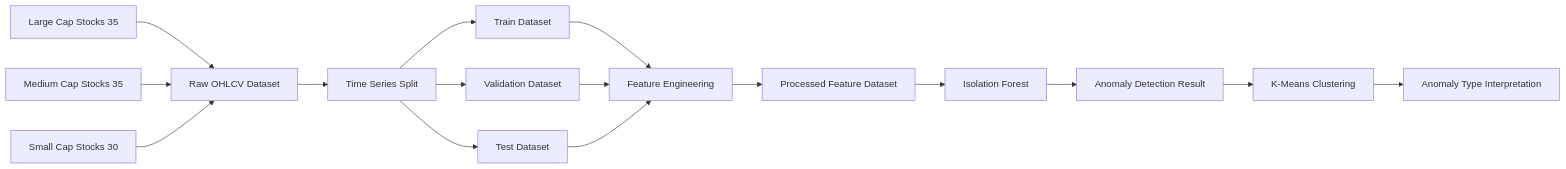
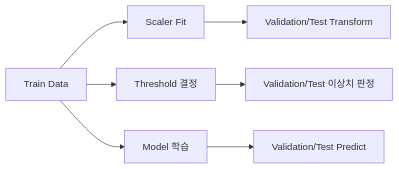
The first of 6 diagrams in README.md (leessanghu/financial-anomaly-detection), drawn with Mermaid before and after one commit. The commit also changed other lines of this file, not shown here.

````diff
--- a/README.md
+++ b/README.md
@@ -151,26 +212,9 @@
 ```mermaid
 flowchart LR
-
-A[Large Cap Stocks 35]
-B[Medium Cap Stocks 35]
-C[Small Cap Stocks 30]
-
-A --> D[Raw OHLCV Dataset]
-B --> D
-C --> D
-
-D --> E[Time Series Split]
-E --> F[Train Dataset]
-E --> G[Validation Dataset]
-E --> H[Test Dataset]
-
-F --> I[Feature Engineering]
-G --> I
-H --> I
-
-I --> J[Processed Feature Dataset]
-J --> K[Isolation Forest]
-K --> L[Anomaly Detection Result]
-L --> M[K-Means Clustering]
-M --> N[Anomaly Type Interpretation]
+    A[Train Data] --> B[Scaler Fit]
+    A --> C[Threshold 결정]
+    A --> D[Model 학습]
+    B --> E[Validation/Test Transform]
+    C --> F[Validation/Test 이상치 판정]
+    D --> G[Validation/Test Predict]
 ```
````
